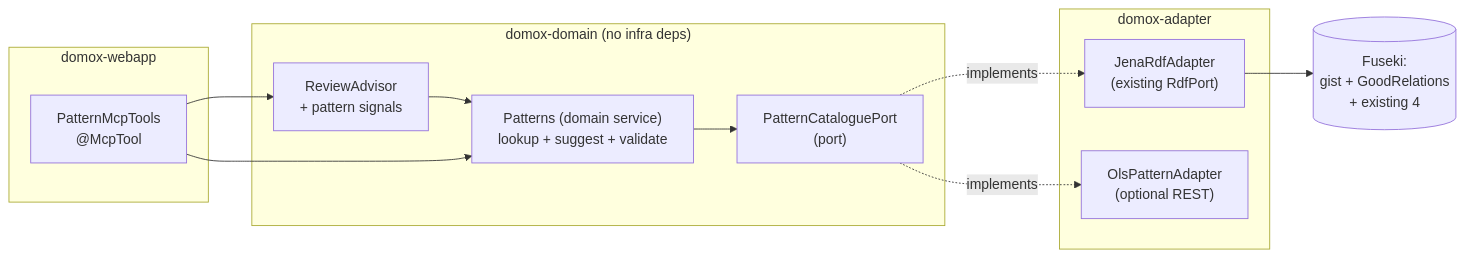
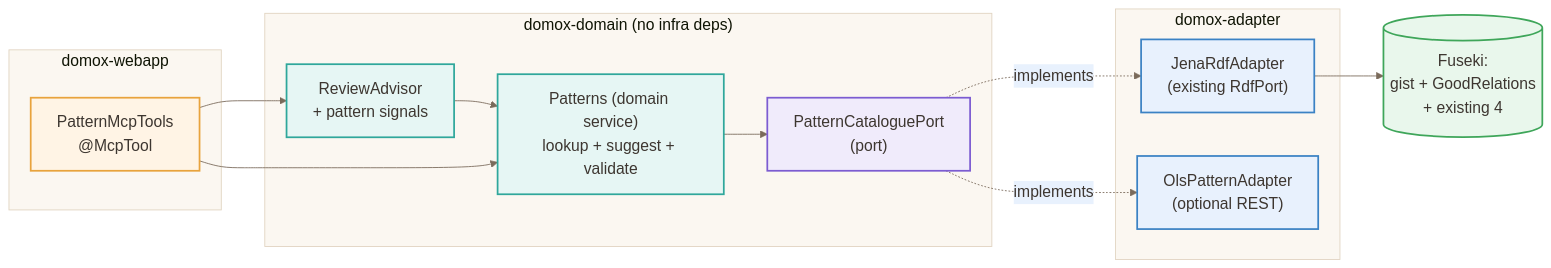
One commit to joerg-rade/domox changed the diagram in docs/domain-modeling/pattern-repositories.md. Above: the diagram before and after it, drawn with Mermaid. The commit also changed 13 other files, not shown here.

Commit message:
mermaid diagram improvements

````diff
--- a/docs/domain-modeling/pattern-repositories.md
+++ b/docs/domain-modeling/pattern-repositories.md
@@ -110,23 +110,30 @@
 ```mermaid
+%%{init: {'theme':'base','themeVariables':{'fontSize':'18px','primaryColor':'#FFF4E5','primaryTextColor':'#3D3630','primaryBorderColor':'#E8A33D','lineColor':'#7A6A5A','secondaryColor':'#E8F1FD','tertiaryColor':'#F0EBFB','clusterBkg':'#FBF7F1','clusterBorder':'#E0D3C0','background':'#FFFFFF'}}}%%
 flowchart LR
+    classDef port fill:#F0EBFB,stroke:#7C5CD1,stroke-width:2px,color:#3D3630
+    classDef svc fill:#E6F6F4,stroke:#2FA79B,stroke-width:2px,color:#3D3630
+    classDef adap fill:#E8F1FD,stroke:#3B82C4,stroke-width:2px,color:#3D3630
+    classDef entry fill:#FFF4E5,stroke:#E8A33D,stroke-width:2px,color:#3D3630
+    classDef ext fill:#E9F7EC,stroke:#3FA65A,stroke-width:2px,color:#3D3630
+
     subgraph Domain["domox-domain (no infra deps)"]
-        PORT["PatternCataloguePort<br/>(port)"]
-        SVC["Patterns (domain service)<br/>lookup + suggest + validate"]
-        ADVISOR["ReviewAdvisor<br/>+ pattern signals"]
+        PORT["PatternCataloguePort<br/>(port)"]:::port
+        SVC["Patterns (domain service)<br/>lookup + suggest + validate"]:::svc
+        ADVISOR["ReviewAdvisor<br/>+ pattern signals"]:::svc
     end
     subgraph Adapter["domox-adapter"]
-        JENA["JenaRdfAdapter<br/>(existing RdfPort)"]
-        OLS["OlsPatternAdapter<br/>(optional REST)"]
+        JENA["JenaRdfAdapter<br/>(existing RdfPort)"]:::adap
+        OLS["OlsPatternAdapter<br/>(optional REST)"]:::adap
     end
     subgraph Web["domox-webapp"]
-        MCP["PatternMcpTools<br/>@McpTool"]
+        MCP["PatternMcpTools<br/>@McpTool"]:::entry
     end
-    FUSEKI[("Fuseki:<br/>gist + GoodRelations<br/>+ existing 4")]
+    FUSEKI[("Fuseki:<br/>gist + GoodRelations<br/>+ existing 4")]:::ext
     SVC --> PORT
     ADVISOR --> SVC
     PORT -.implements.-> JENA
     PORT -.implements.-> OLS
     JENA --> FUSEKI
     MCP --> SVC
     MCP --> ADVISOR
 ```
````
